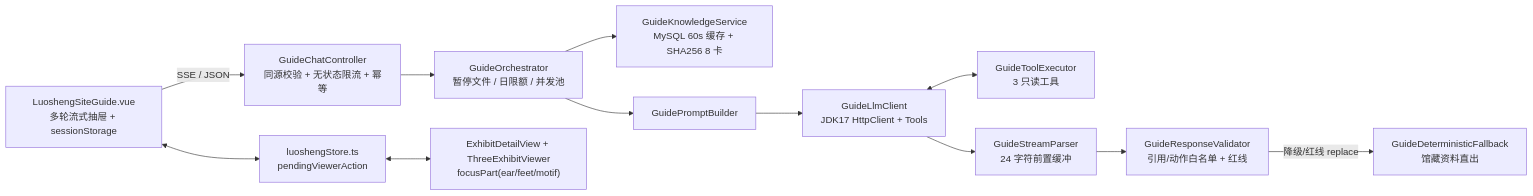
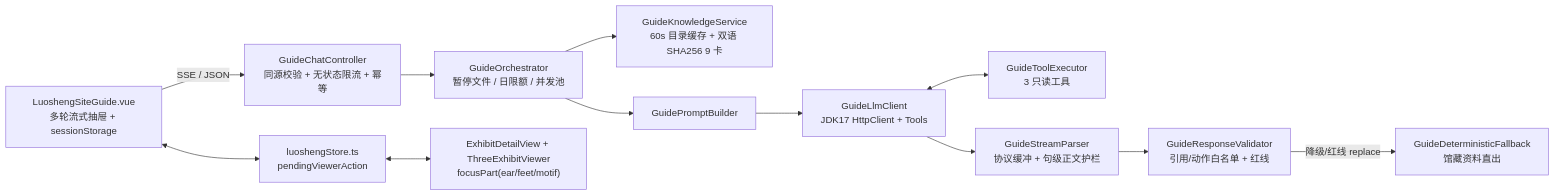
One commit to DiandianDD-996/heluo-digital-museum changed the diagram in docs/luosheng/README.md. Above: the diagram before and after it, drawn with Mermaid. The commit also changed other lines of this file and 96 other files, not shown here.

````diff
--- a/docs/luosheng/README.md
+++ b/docs/luosheng/README.md
@@ -30,14 +30,14 @@
 ```mermaid
 flowchart LR
     UI["LuoshengSiteGuide.vue<br/>多轮流式抽屉 + sessionStorage"] -->|"SSE / JSON"| Ctrl["GuideChatController<br/>同源校验 + 无状态限流 + 幂等"]
     Ctrl --> Orch["GuideOrchestrator<br/>暂停文件 / 日限额 / 并发池"]
-    Orch --> KB["GuideKnowledgeService<br/>MySQL 60s 缓存 + SHA256 8 卡"]
+    Orch --> KB["GuideKnowledgeService<br/>60s 目录缓存 + 双语 SHA256 9 卡"]
     Orch --> Prompt["GuidePromptBuilder"]
     Prompt --> LLM["GuideLlmClient<br/>JDK17 HttpClient + Tools"]
     LLM <--> Tools["GuideToolExecutor<br/>3 只读工具"]
-    LLM --> Parser["GuideStreamParser<br/>24 字符前置缓冲"]
+    LLM --> Parser["GuideStreamParser<br/>协议缓冲 + 句级正文护栏"]
     Parser --> Val["GuideResponseValidator<br/>引用/动作白名单 + 红线"]
     Val -->|"降级/红线 replace"| FB["GuideDeterministicFallback<br/>馆藏资料直出"]
     UI <--> Store["luoshengStore.ts<br/>pendingViewerAction"]
     Store <--> Viewer["ExhibitDetailView + ThreeExhibitViewer<br/>focusPart(ear/feet/motif)"]
 ```
````
